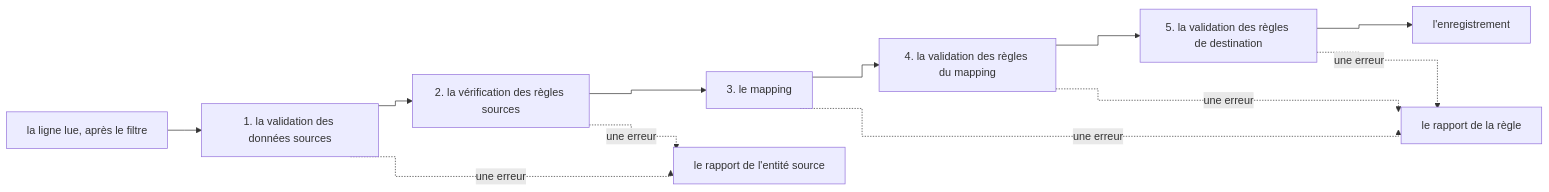
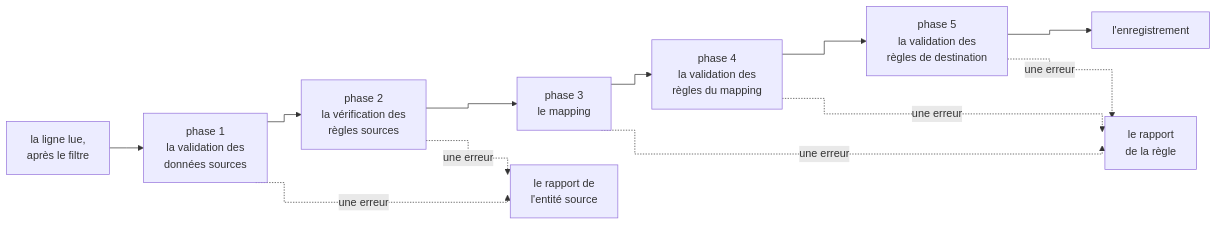
The diagram in docs/syncytium/08-migration/05-controles.md (AymericLesert/Syncytium), drawn with Mermaid before and after one commit. The commit also changed 9 other files, not shown here.

````diff
--- a/docs/syncytium/08-migration/05-controles.md
+++ b/docs/syncytium/08-migration/05-controles.md
@@ -235,24 +235,24 @@
 ```mermaid
 %%{init: {"flowchart": {"curve": "stepAfter"}}}%%
 flowchart LR
-    L["la ligne lue, après le filtre"]
-    P1["1. la validation des données sources"]
-    P2["2. la vérification des règles sources"]
-    P3["3. le mapping"]
-    P4["4. la validation des règles du mapping"]
-    P5["5. la validation des règles de destination"]
+    L["la ligne lue,<br/>après le filtre"]
+    P1["phase 1<br/>la validation des<br/>données sources"]
+    P2["phase 2<br/>la vérification des<br/>règles sources"]
+    P3["phase 3<br/>le mapping"]
+    P4["phase 4<br/>la validation des<br/>règles du mapping"]
+    P5["phase 5<br/>la validation des<br/>règles de destination"]
     E["l'enregistrement"]
-    RS["le rapport de l'entité source"]
-    RR["le rapport de la règle"]
+    RS["le rapport de<br/>l'entité source"]
+    RR["le rapport<br/>de la règle"]
     L --> P1
     P1 --> P2
     P2 --> P3
     P3 --> P4
     P4 --> P5
     P5 --> E
     P1 -. "une erreur" .-> RS
     P2 -. "une erreur" .-> RS
     P3 -. "une erreur" .-> RR
     P4 -. "une erreur" .-> RR
     P5 -. "une erreur" .-> RR
 ```
````
